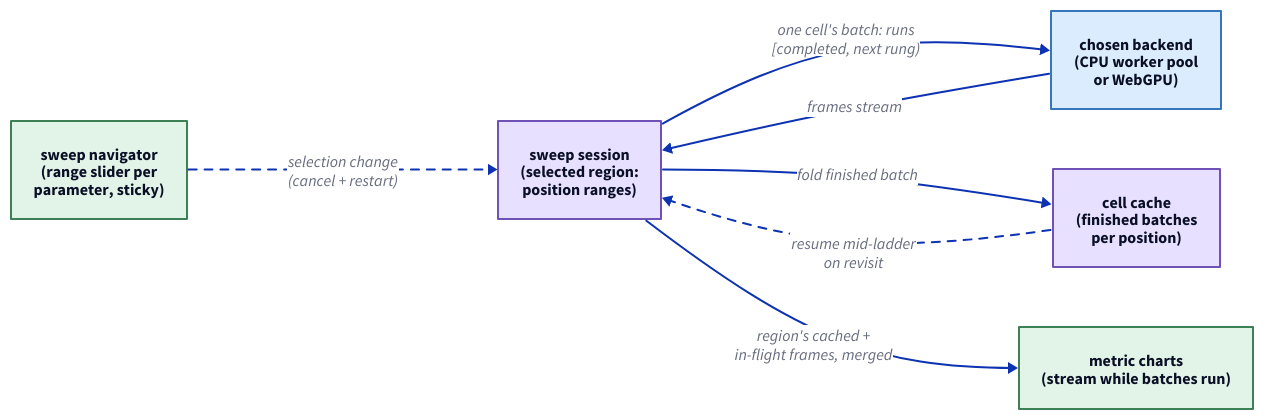
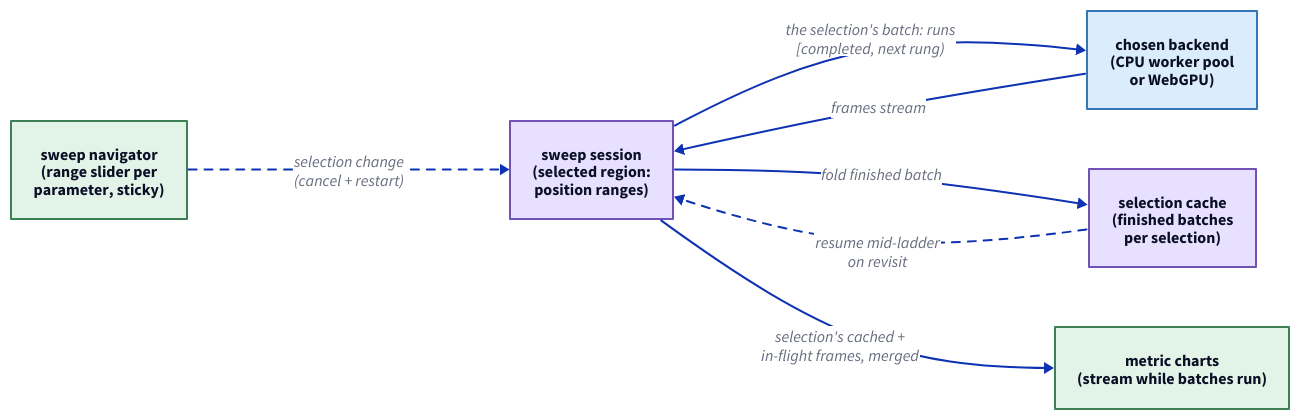
The diagram in libs/@local/petrinaut-arch-docs/content/diagrams/sweep-refinement.d2 (hashintel/hash), drawn with D2 before and after one commit. The commit also changed 14 other files, not shown here.

```diff
--- a/libs/@local/petrinaut-arch-docs/content/diagrams/sweep-refinement.d2
+++ b/libs/@local/petrinaut-arch-docs/content/diagrams/sweep-refinement.d2
@@ -1,15 +1,15 @@
 # Hand-written; rendered by the arch-docs build. Palette matches src/emit/d2.ts.
 direction: right
 
 navigator: "sweep navigator\n(range slider per\nparameter, sticky)" {style.fill: "#e2f4e8"; style.stroke: "#3d8055"}
 session: "sweep session\n(selected region:\nposition ranges)" {style.fill: "#e8e0ff"; style.stroke: "#7051b5"}
-cache: "cell cache\n(finished batches\nper position)" {style.fill: "#e8e0ff"; style.stroke: "#7051b5"}
+cache: "selection cache\n(finished batches\nper selection)" {style.fill: "#e8e0ff"; style.stroke: "#7051b5"}
 backend: "chosen backend\n(CPU worker pool\nor WebGPU)" {style.fill: "#dcecff"; style.stroke: "#3676b8"}
 charts: "metric charts\n(stream while batches run)" {style.fill: "#e2f4e8"; style.stroke: "#3d8055"}
 
 navigator -> session: "selection change\n(cancel + restart)" {style.stroke-dash: 4}
-session -> backend: "one cell's batch: runs\n[completed, next rung)"
+session -> backend: "the selection's batch: runs\n[completed, next rung)"
 backend -> session: frames stream
 session -> cache: fold finished batch
 cache -> session: "resume mid-ladder\non revisit" {style.stroke-dash: 4}
-session -> charts: "region's cached +\nin-flight frames, merged"
+session -> charts: "selection's cached +\nin-flight frames, merged"
```
